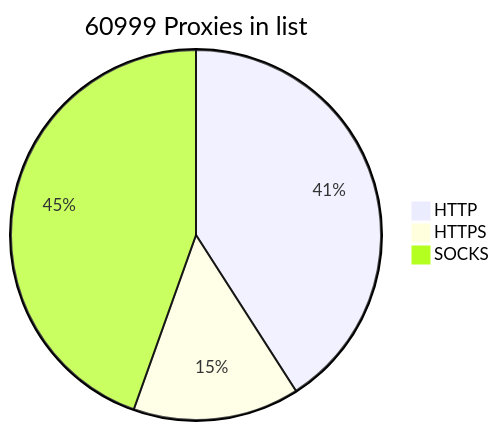
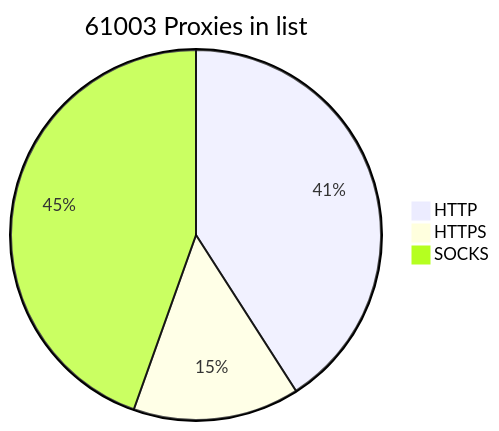
The diagram in README.md (BlackSnowDot/proxylist-update-every-minute), drawn with Mermaid before and after one commit.

````diff
--- a/README.md
+++ b/README.md
@@ -2,6 +2,6 @@
 ```mermaid
-pie title 60999 Proxies in list
-    "HTTP" : 28283
+pie title 61003 Proxies in list
+    "HTTP" : 28284
     "HTTPS": 10043
-    "SOCKS" : 30784
+    "SOCKS" : 30788
 ```
````
